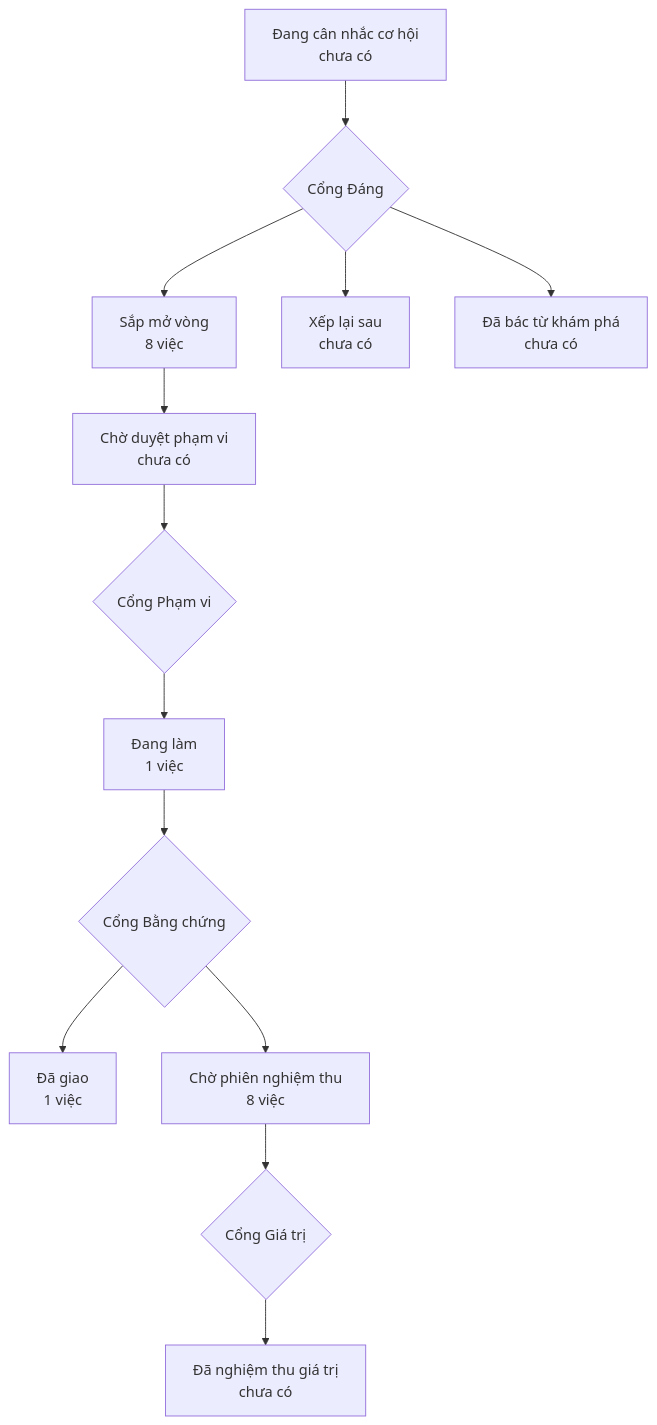
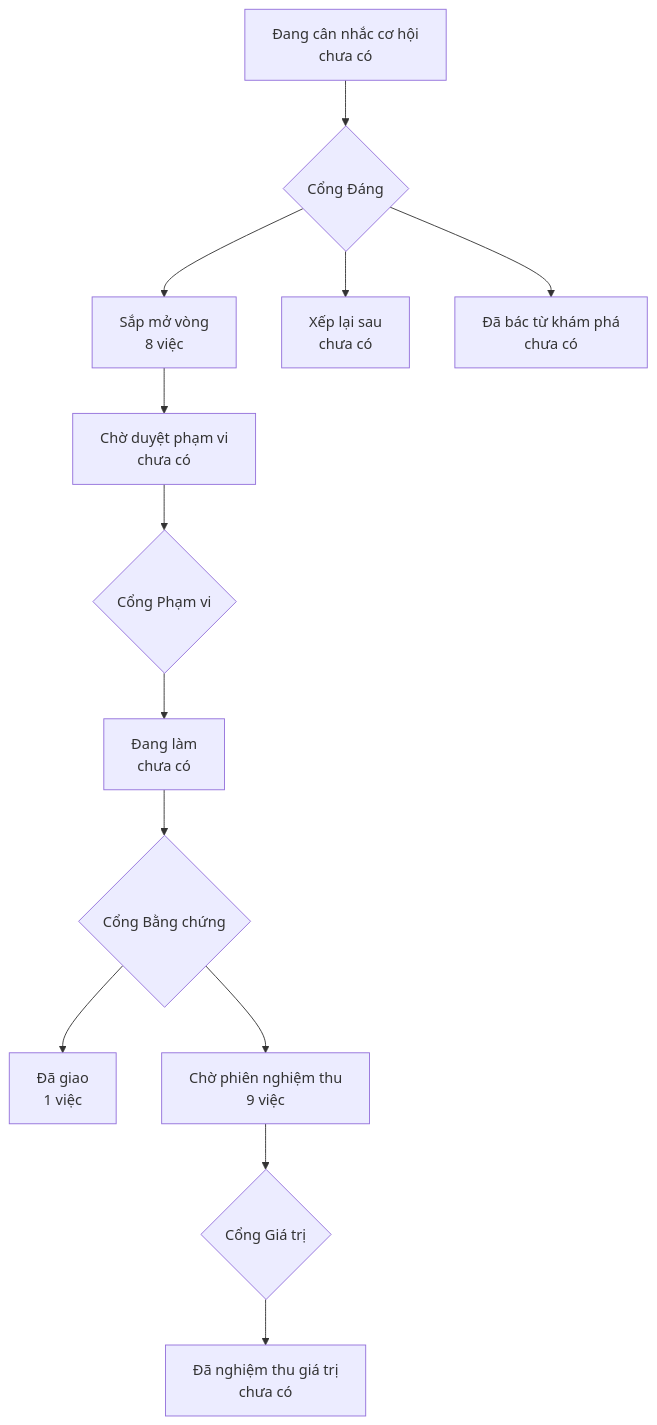
Before and after one commit to phanlemanh/onehub-inventory: the diagram in PRODUCT-MAP.md, drawn with Mermaid. The commit also changed other lines of this file and 4 other files, not shown here.

````diff
--- a/PRODUCT-MAP.md
+++ b/PRODUCT-MAP.md
@@ -7,12 +7,12 @@
 ```mermaid
 flowchart TD
   A["Đang cân nhắc cơ hội<br/>chưa có"] --> GD{"Cổng Đáng"}
   GD --> B["Sắp mở vòng<br/>8 việc"]
   GD --> XL["Xếp lại sau<br/>chưa có"]
   GD --> DB["Đã bác từ khám phá<br/>chưa có"]
   B --> CD["Chờ duyệt phạm vi<br/>chưa có"] --> GP{"Cổng Phạm vi"}
-  GP --> DL["Đang làm<br/>1 việc"] --> GB{"Cổng Bằng chứng"}
+  GP --> DL["Đang làm<br/>chưa có"] --> GB{"Cổng Bằng chứng"}
   GB --> DG["Đã giao<br/>1 việc"]
-  GB --> CN["Chờ phiên nghiệm thu<br/>8 việc"] --> GG{"Cổng Giá trị"}
+  GB --> CN["Chờ phiên nghiệm thu<br/>9 việc"] --> GG{"Cổng Giá trị"}
   GG --> NT["Đã nghiệm thu giá trị<br/>chưa có"]
 ```
````
